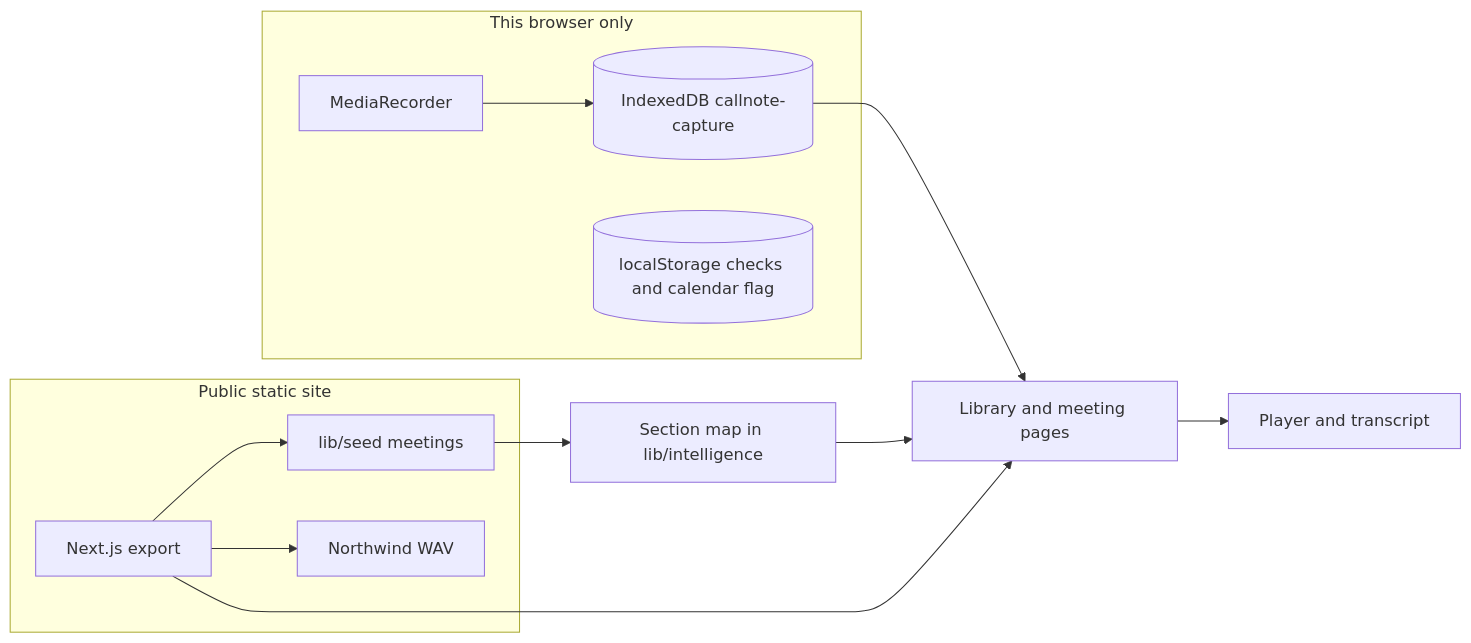
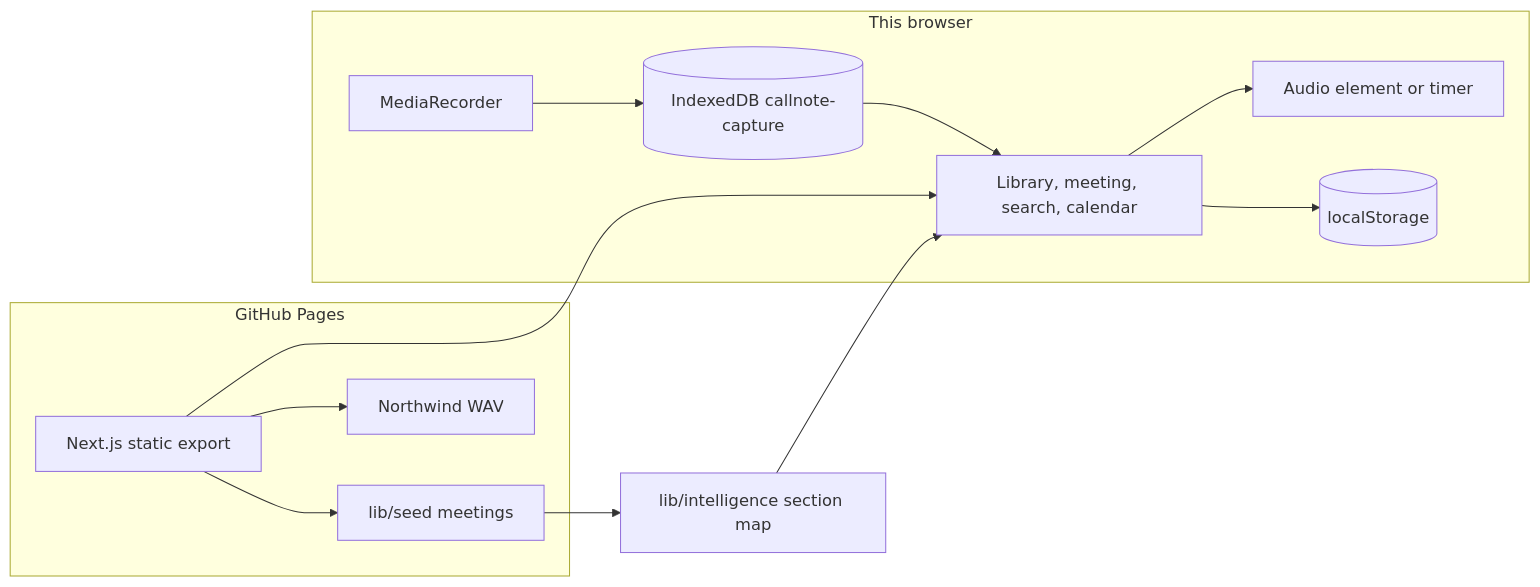
One commit to habinrahman/Callnote changed the first of 2 diagrams in README.md. Above: the diagram before and after it, drawn with Mermaid. The commit also changed other lines of this file, not shown here.

````diff
--- a/README.md
+++ b/README.md
@@ -139,21 +190,24 @@
 ```mermaid
 flowchart LR
-  subgraph publicSite [Public static site]
-    Pages[Next.js export]
+  subgraph pages [GitHub Pages]
+    Export[Next.js static export]
     Seed[lib/seed meetings]
-    Audio[Northwind WAV]
-    Pages --> Seed
-    Pages --> Audio
+    Wav[Northwind WAV]
+    Export --> Seed
+    Export --> Wav
   end
-  subgraph browser [This browser only]
+  subgraph browser [This browser]
+    UI[Library, meeting, search, calendar]
+    Player[Audio element or timer]
     Mic[MediaRecorder]
     IDB[(IndexedDB callnote-capture)]
-    LS[(localStorage checks and calendar flag)]
+    LS[(localStorage)]
+    UI --> Player
     Mic --> IDB
+    UI --> LS
+    IDB --> UI
   end
-  Pages --> Library[Library and meeting pages]
-  IDB --> Library
-  Library --> Player[Player and transcript]
-  Seed --> Notes[Section map in lib/intelligence]
-  Notes --> Library
+  Export --> UI
+  Seed --> Notes[lib/intelligence section map]
+  Notes --> UI
 ```
````
